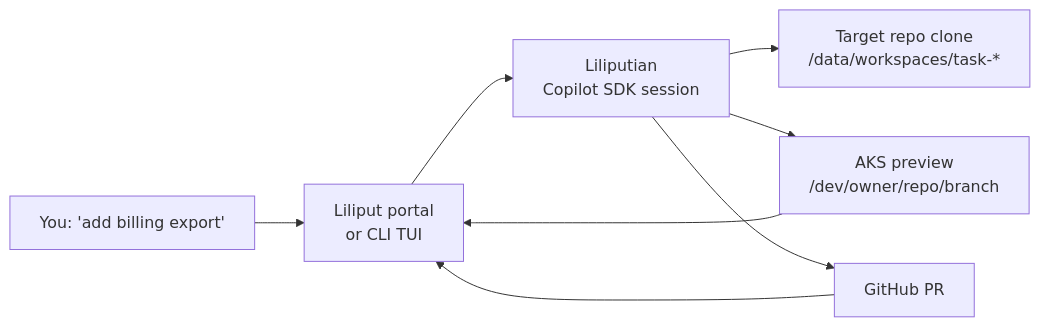
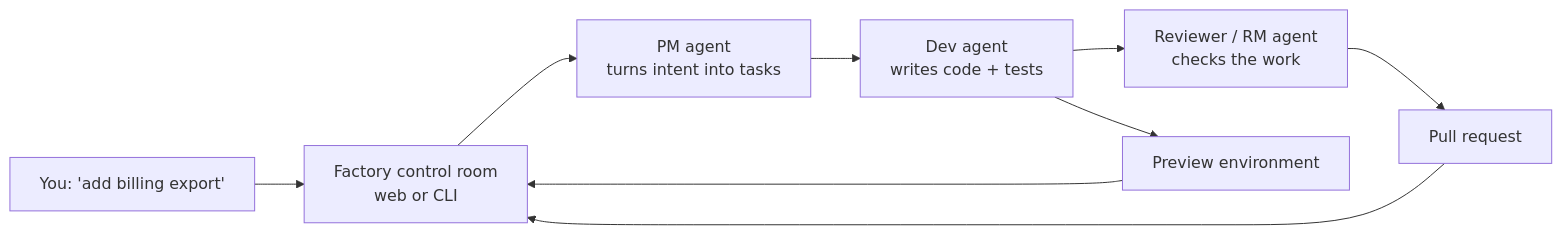
Before and after one commit to crgarcia12/Liliput: the first of 3 diagrams in README.md, drawn with Mermaid. The commit also changed other lines of this file, not shown here.

````diff
--- a/README.md
+++ b/README.md
@@ -13,15 +17,16 @@
 ```mermaid
 flowchart LR
     Idea["You: 'add billing export'"]
-    Portal["Liliput portal<br/>or CLI TUI"]
-    Agent["Liliputian<br/>Copilot SDK session"]
-    Repo["Target repo clone<br/>/data/workspaces/task-*"]
-    Preview["AKS preview<br/>/dev/owner/repo/branch"]
-    PR["GitHub PR"]
+    Portal["Factory control room<br/>web or CLI"]
+    PM["PM agent<br/>turns intent into tasks"]
+    Dev["Dev agent<br/>writes code + tests"]
+    Reviewer["Reviewer / RM agent<br/>checks the work"]
+    Preview["Preview environment"]
+    PR["Pull request"]
 
-    Idea --> Portal --> Agent --> Repo
-    Agent --> Preview
-    Agent --> PR
+    Idea --> Portal --> PM --> Dev --> Reviewer
+    Dev --> Preview
+    Reviewer --> PR
     Preview --> Portal
     PR --> Portal
 ```
````
